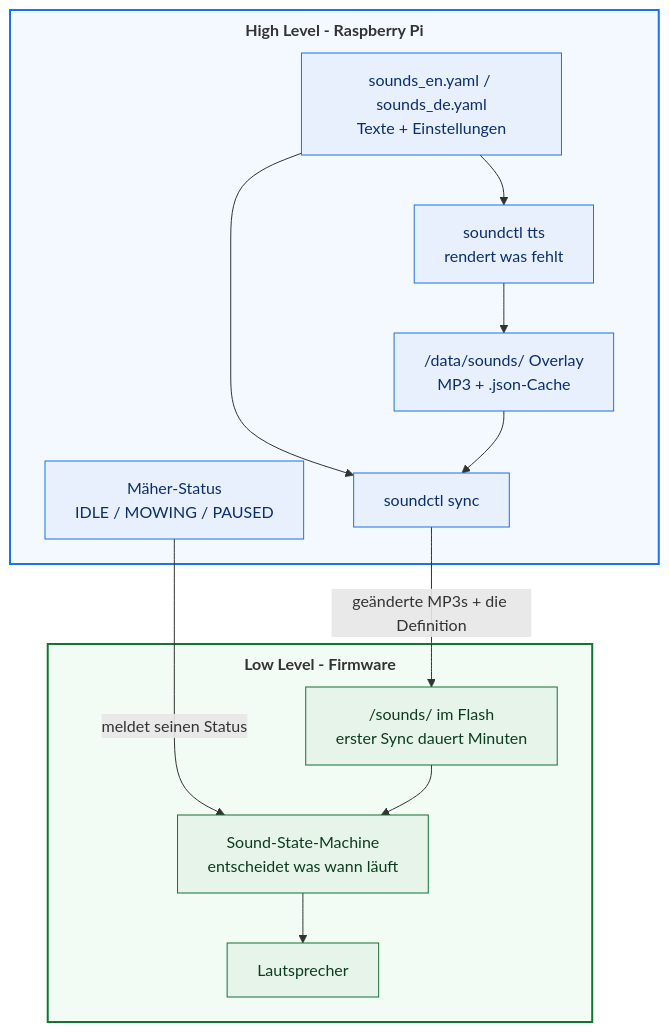
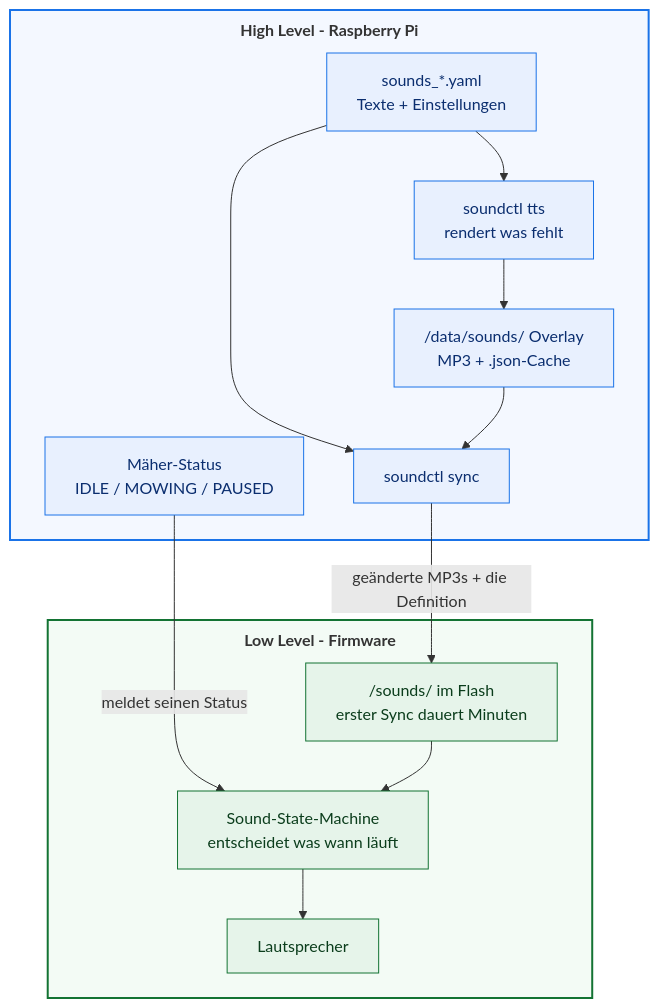
The diagram in content/de/docs/Knowledge-Base/configuration/sound/index.md (ClemensElflein/openmower.de), drawn with Mermaid before and after one commit. The commit also changed other lines of this file and 1 other file, not shown here.

````diff
--- a/content/de/docs/Knowledge-Base/configuration/sound/index.md
+++ b/content/de/docs/Knowledge-Base/configuration/sound/index.md
@@ -44,30 +44,30 @@
 ```mermaid
 %%{init: {"flowchart": {"subGraphTitleMargin": {"top": 8, "bottom": 10}}}}%%
 flowchart TD
     subgraph HL["<b>High Level - Raspberry Pi</b>"]
-        Y["sounds_en.yaml / sounds_de.yaml<br/>Texte + Einstellungen"]
+        Y["sounds_*.yaml<br/>Texte + Einstellungen"]
         T["soundctl tts<br/>rendert was fehlt"]
         O["/data/sounds/ Overlay<br/>MP3 + .json-Cache"]
         S["soundctl sync"]
         R["Mäher-Status<br/>IDLE / MOWING / PAUSED"]
     end
     subgraph LL["<b>Low Level - Firmware</b>"]
         F["/sounds/ im Flash<br/>erster Sync dauert Minuten"]
         M["Sound-State-Machine<br/>entscheidet was wann läuft"]
         P["Lautsprecher"]
     end
     Y --> T
     T --> O
     Y --> S
     O --> S
     S -->|"geänderte MP3s + die Definition"| F
     R -->|"meldet seinen Status"| M
     F --> M
     M --> P
     classDef hl fill:#e8f0fe,stroke:#1a73e8,color:#0b2e6f
     classDef ll fill:#e6f4ea,stroke:#137333,color:#0b3d1c
     class Y,T,O,S,R hl
     class F,M,P ll
     style HL fill:#f4f8ff,stroke:#1a73e8,stroke-width:2px
     style LL fill:#f3fbf5,stroke:#137333,stroke-width:2px
 ```
````
